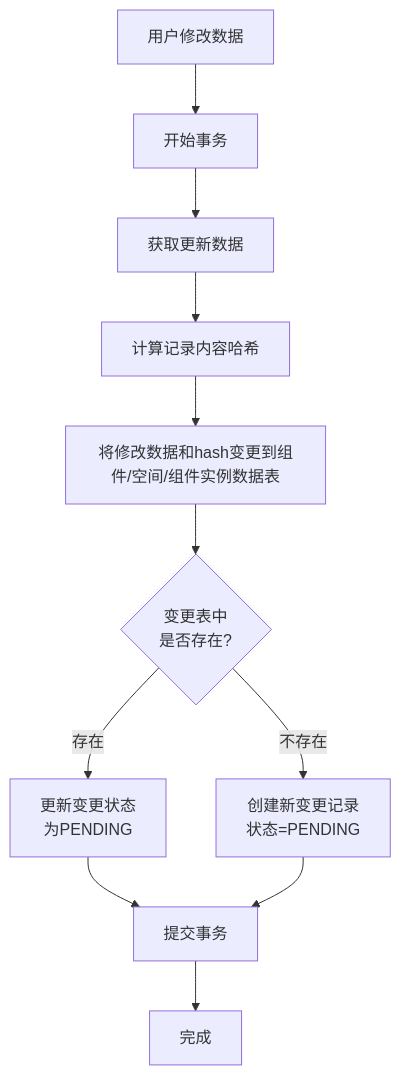
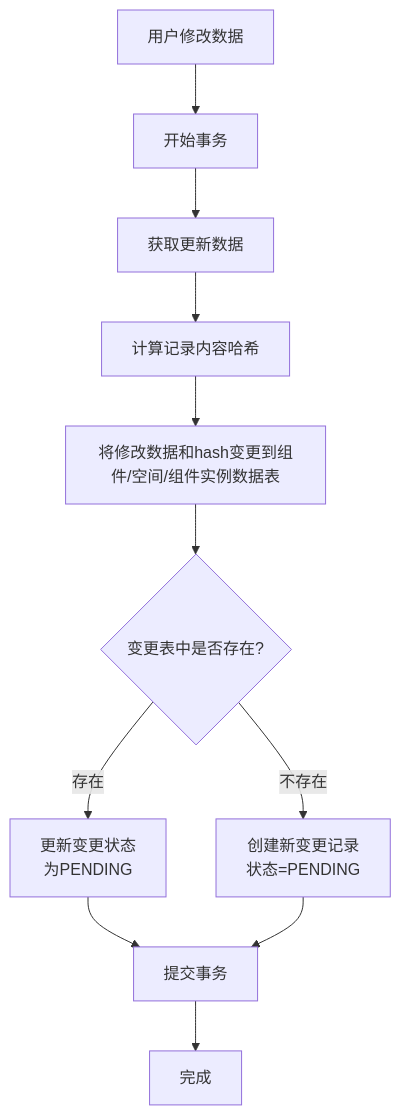
One commit to yingjianzh/iodraw-files changed the diagram in all/未命名-42.md. Above: the diagram before and after it, drawn with Mermaid.

Commit message:
2025-04-24 15:28:24 update

````diff
--- a/all/未命名-42.md
+++ b/all/未命名-42.md
@@ -1,16 +1,16 @@
 ```mermaid
 flowchart TD
     Start[用户修改数据] --> StartTransaction[开始事务]
     StartTransaction --> UpdateRecord[获取更新数据]
     UpdateRecord --> ComputeHash[计算记录内容哈希]
     ComputeHash --> SaveHash[将修改数据和hash变更到组件/空间/组件实例数据表]
    
     
-    SaveHash --> CheckChangeExists{变更表中\n是否存在?}
+    SaveHash --> CheckChangeExists{变更表中是否存在?}
     CheckChangeExists -- 存在 --> UpdateChange[更新变更状态\n为PENDING]
     CheckChangeExists -- 不存在 --> CreateChange[创建新变更记录\n状态=PENDING]
     
     UpdateChange --> CommitTransaction[提交事务]
     CreateChange --> CommitTransaction
     CommitTransaction --> End[完成]
 ```
````
